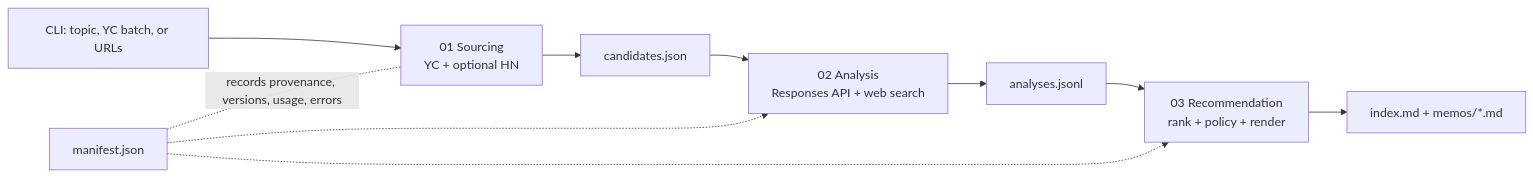
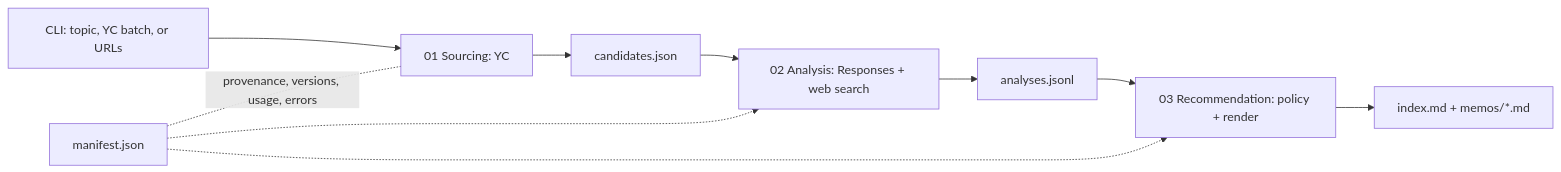
One commit to rahulagarwak-ds/emergence-investment-pipeline changed the diagram in 00-process/03-project-documents/01-architecture.md. Above: the diagram before and after it, drawn with Mermaid. The commit also changed other lines of this file, not shown here.

Commit message:
doc: architecture aligned to source decision

````diff
--- a/00-process/03-project-documents/01-architecture.md
+++ b/00-process/03-project-documents/01-architecture.md
@@ -14,12 +13,12 @@
 ```mermaid
 flowchart LR
-    I[CLI: topic, YC batch, or URLs] --> S1[01 Sourcing\nYC + optional HN]
+    I[CLI: topic, YC batch, or URLs] --> S1[01 Sourcing: YC]
     S1 --> A1[candidates.json]
-    A1 --> S2[02 Analysis\nResponses API + web search]
+    A1 --> S2[02 Analysis: Responses + web search]
     S2 --> A2[analyses.jsonl]
-    A2 --> S3[03 Recommendation\nrank + policy + render]
+    A2 --> S3[03 Recommendation: policy + render]
     S3 --> O[index.md + memos/*.md]
-    M[manifest.json] -. records provenance, versions, usage, errors .- S1
+    M[manifest.json] -. provenance, versions, usage, errors .- S1
     M -.-> S2
     M -.-> S3
 ```
````
